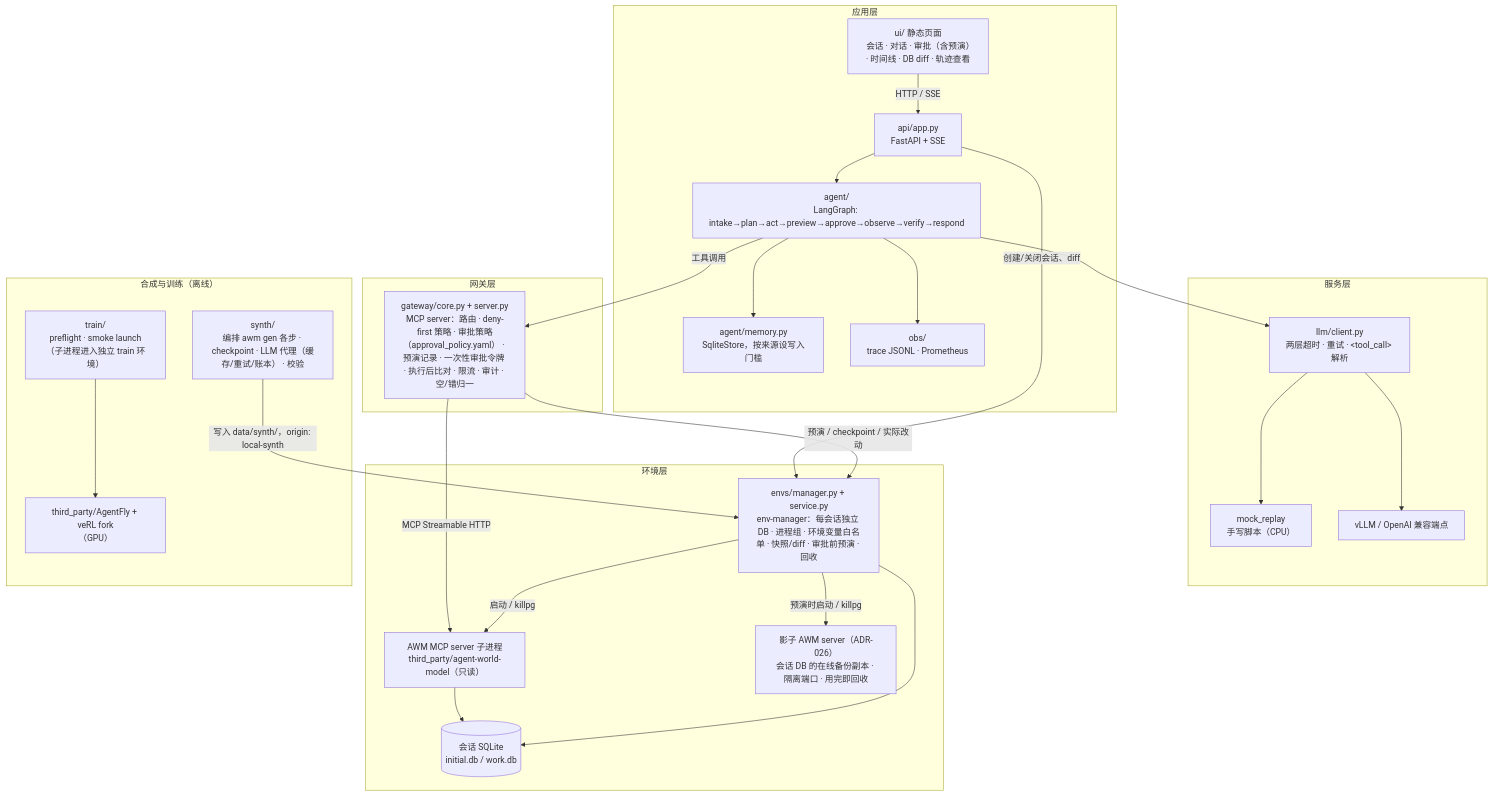
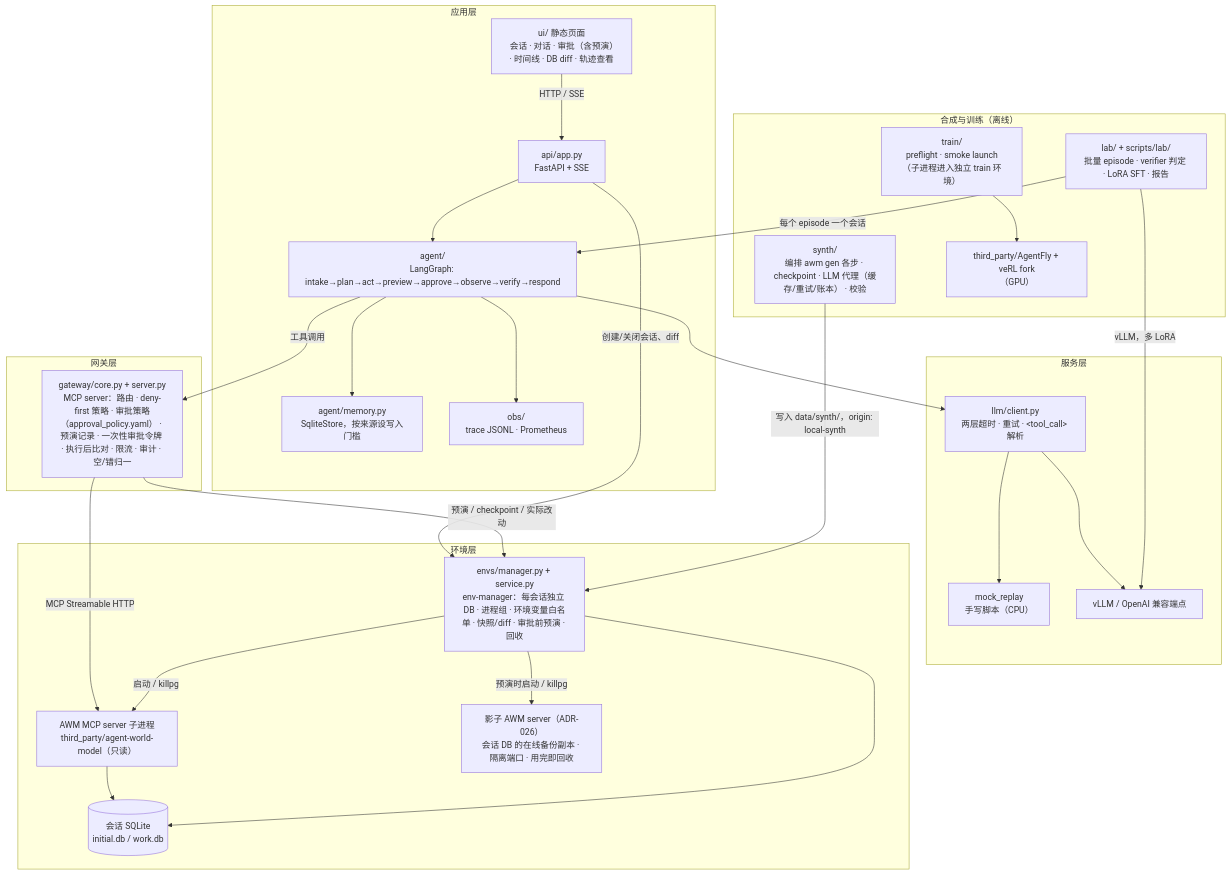
The first of 4 diagrams in docs/ARCHITECTURE.md (INF-NAN/BizAgent), drawn with Mermaid before and after one commit. The commit also changed other lines of this file and 5 other files, not shown here.

First line of the commit message:
docs: describe the batch lab across README, architecture, walkthrough and ADRs

````diff
--- a/docs/ARCHITECTURE.md
+++ b/docs/ARCHITECTURE.md
@@ -7,45 +7,48 @@
 ```mermaid
 flowchart TB
   subgraph APP["应用层"]
     UI["ui/ 静态页面<br/>会话 · 对话 · 审批（含预演）· 时间线 · DB diff · 轨迹查看"]
     API["api/app.py<br/>FastAPI + SSE"]
     AGENT["agent/<br/>LangGraph: intake→plan→act→preview→approve→observe→verify→respond"]
     MEM["agent/memory.py<br/>SqliteStore，按来源设写入门槛"]
     OBS["obs/<br/>trace JSONL · Prometheus"]
   end
   subgraph SERVE["服务层"]
     LLM["llm/client.py<br/>两层超时 · 重试 · &lt;tool_call&gt; 解析"]
     MOCK["mock_replay<br/>手写脚本（CPU）"]
     VLLM["vLLM / OpenAI 兼容端点"]
   end
   subgraph GW["网关层"]
     GATE["gateway/core.py + server.py<br/>MCP server：路由 · deny-first 策略 · 审批策略（approval_policy.yaml） · 预演记录 · 一次性审批令牌 · 执行后比对 · 限流 · 审计 · 空/错归一"]
   end
   subgraph ENV["环境层"]
     MGR["envs/manager.py + service.py<br/>env-manager：每会话独立 DB · 进程组 · 环境变量白名单 · 快照/diff · 审批前预演 · 回收"]
     AWMSRV["AWM MCP server 子进程<br/>third_party/agent-world-model（只读）"]
     DB[("会话 SQLite<br/>initial.db / work.db")]
     SHADOW["影子 AWM server（ADR-026）<br/>会话 DB 的在线备份副本 · 隔离端口 · 用完即回收"]
   end
   subgraph OFF["合成与训练（离线）"]
     SYN["synth/<br/>编排 awm gen 各步 · checkpoint · LLM 代理（缓存/重试/账本） · 校验"]
     TRAIN["train/<br/>preflight · smoke launch（子进程进入独立 train 环境）"]
     AF["third_party/AgentFly + veRL fork<br/>（GPU）"]
+    LAB["lab/ + scripts/lab/<br/>批量 episode · verifier 判定 · LoRA SFT · 报告"]
   end
 
   UI -->|HTTP / SSE| API --> AGENT
   AGENT --> MEM
   AGENT --> OBS
   AGENT --> LLM
   LLM --> MOCK
   LLM --> VLLM
   AGENT -->|工具调用| GATE
   GATE -->|MCP Streamable HTTP| AWMSRV --> DB
   API -->|创建/关闭会话、diff| MGR
   MGR -->|启动 / killpg| AWMSRV
   MGR --> DB
   GATE -->|预演 / checkpoint / 实际改动| MGR
   MGR -->|预演时启动 / killpg| SHADOW
   SYN -->|写入 data/synth/，origin: local-synth| MGR
   TRAIN --> AF
+  LAB -->|每个 episode 一个会话| AGENT
+  LAB -->|vLLM，多 LoRA| VLLM
 ```
````
